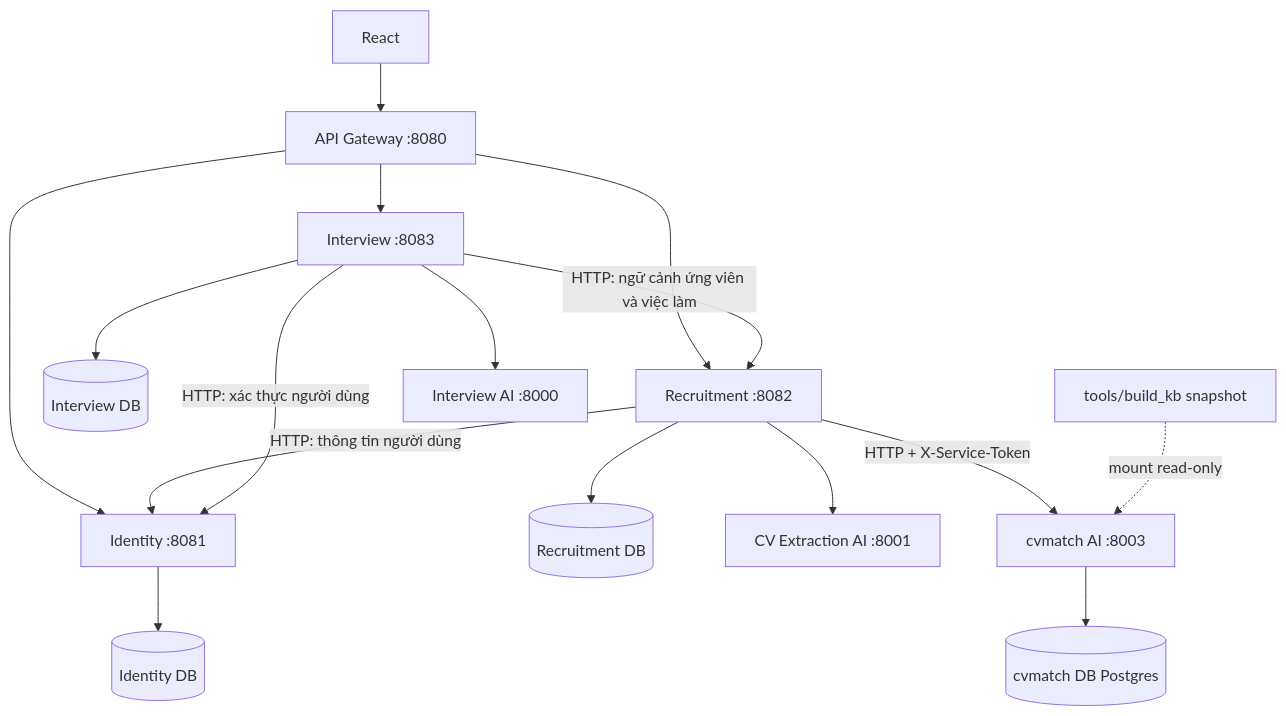
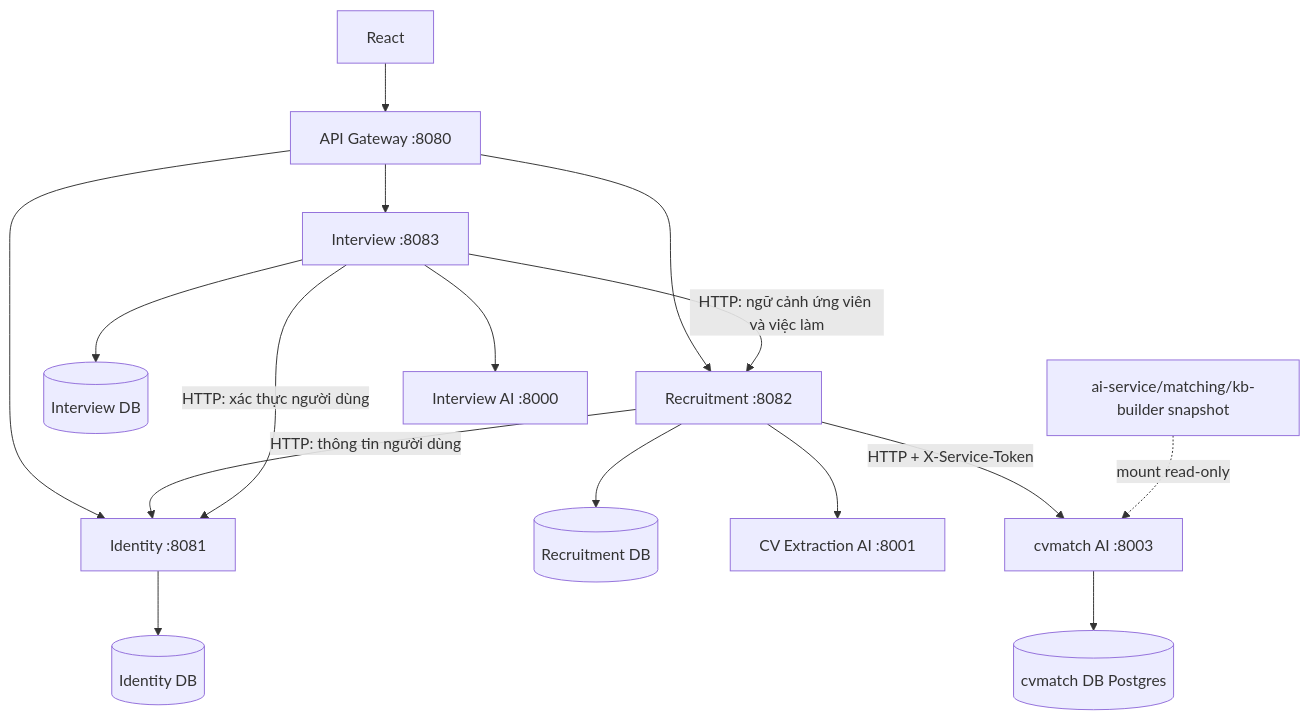
Before and after one commit to long20102004/recruit_system: the diagram in backend/README.md, drawn with Mermaid. The commit also changed other lines of this file and 10 other files, not shown here.

````diff
--- a/backend/README.md
+++ b/backend/README.md
@@ -16,18 +16,18 @@
 ```mermaid
 flowchart TD
     UI[React] --> Gateway[API Gateway :8080]
     Gateway --> Identity[Identity :8081]
     Gateway --> Recruitment[Recruitment :8082]
     Gateway --> Interview[Interview :8083]
     Identity --> IdentityDB[(Identity DB)]
     Recruitment --> RecruitmentDB[(Recruitment DB)]
     Interview --> InterviewDB[(Interview DB)]
     Recruitment -->|HTTP: thông tin người dùng| Identity
     Interview -->|HTTP: xác thực người dùng| Identity
     Interview -->|HTTP: ngữ cảnh ứng viên và việc làm| Recruitment
     Recruitment --> Extract[CV Extraction AI :8001]
     Recruitment -->|HTTP + X-Service-Token| CvMatch[cvmatch AI :8003]
     CvMatch --> CvMatchDB[(cvmatch DB Postgres)]
-    KB[tools/build_kb snapshot] -.->|mount read-only| CvMatch
+    KB[ai-service/matching/kb-builder snapshot] -.->|mount read-only| CvMatch
     Interview --> Score[Interview AI :8000]
 ```
````
